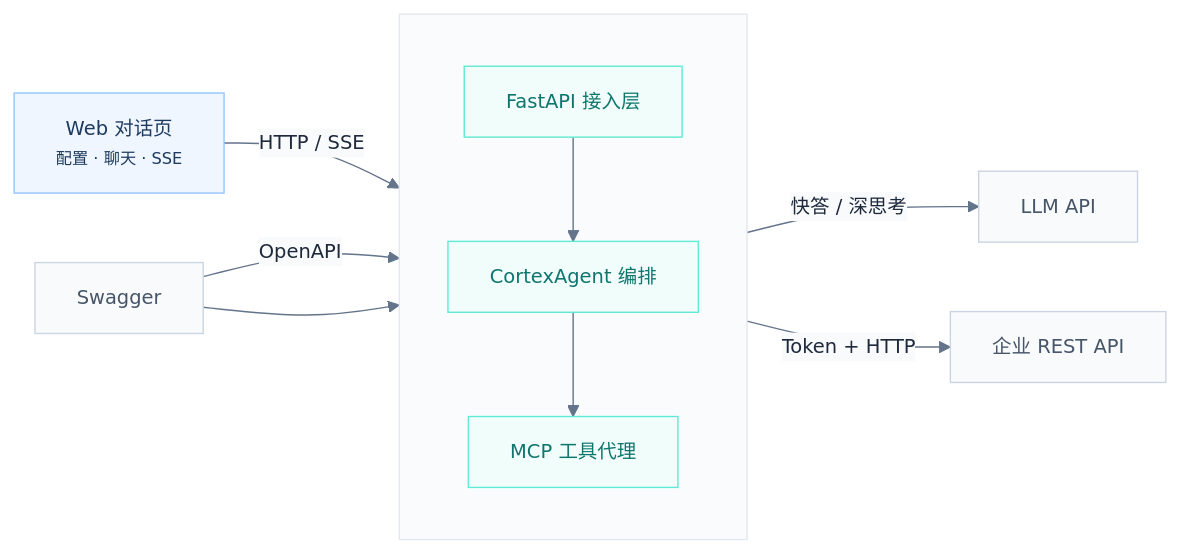
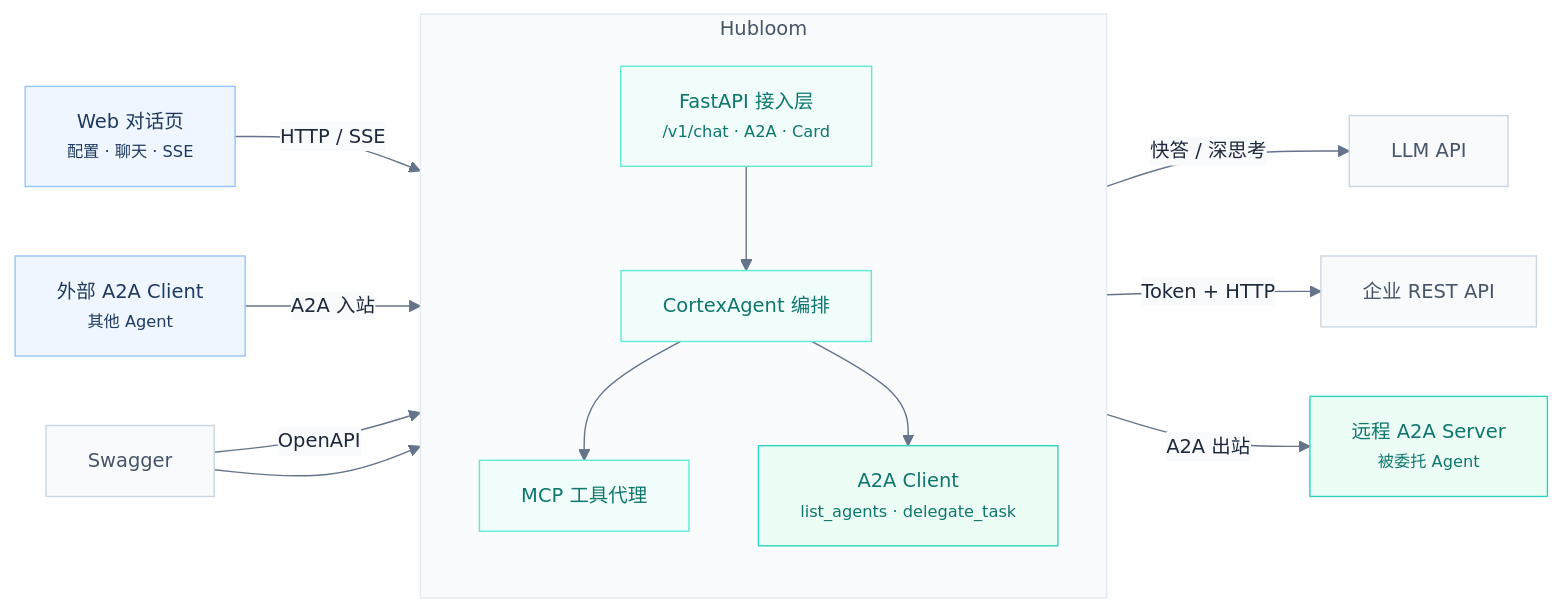
Before and after one commit to Zhong-y-j/Hubloom: the first of 4 diagrams in docs/Hubloom总体架构图.md, drawn with Mermaid. The commit also changed other lines of this file and 19 other files, not shown here.

````diff
--- a/docs/Hubloom总体架构图.md
+++ b/docs/Hubloom总体架构图.md
@@ -11,31 +11,40 @@
 ```mermaid
 %%{init: {"theme":"base","themeVariables":{"background":"#ffffff","primaryColor":"#ffffff","primaryBorderColor":"#cbd5e1","primaryTextColor":"#1e293b","secondaryColor":"#f8fafc","secondaryBorderColor":"#e2e8f0","tertiaryColor":"#f0fdfa","lineColor":"#64748b","clusterBkg":"#fafbfc","clusterBorder":"#e2e8f0","titleColor":"#475569","fontSize":"14px"}}}%%
 flowchart LR
     UI["Web 对话页<br/><small>配置 · 聊天 · SSE</small>"]
+    EA["外部 A2A Client<br/><small>其他 Agent</small>"]
+    RA["远程 A2A Server<br/><small>被委托 Agent</small>"]
 
-    subgraph H[" "]
+    subgraph H["Hubloom"]
         direction TB
-        H1["FastAPI 接入层"]
+        H1["FastAPI 接入层<br/><small>/v1/chat · A2A · Card</small>"]
         H2["CortexAgent 编排"]
         H3["MCP 工具代理"]
-        H1 --> H2 --> H3
+        H4["A2A Client<br/><small>list_agents · delegate_task</small>"]
+        H1 --> H2
+        H2 --> H3
+        H2 --> H4
     end
 
     LLM["LLM API"]
     SW["Swagger"]
     API["企业 REST API"]
 
     UI -->|"HTTP / SSE"| H1
+    EA -->|"A2A 入站"| H1
     H2 -->|"快答 / 深思考"| LLM
     SW -->|"OpenAPI"| H1
     SW --> H3
     H3 -->|"Token + HTTP"| API
+    H4 -->|"A2A 出站"| RA
 
     classDef user fill:#eff6ff,stroke:#93c5fd,color:#1e3a5f
     classDef hub fill:#f0fdfa,stroke:#5eead4,color:#0f766e
+    classDef a2a fill:#ecfdf5,stroke:#2dd4bf,color:#0f766e
     classDef ext fill:#f8fafc,stroke:#cbd5e1,color:#475569
 
-    class UI user
+    class UI,EA user
     class H1,H2,H3 hub
+    class H4,RA a2a
     class LLM,SW,API ext
 ```
````
